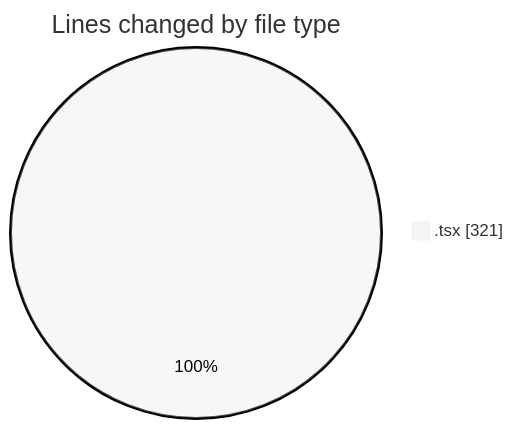
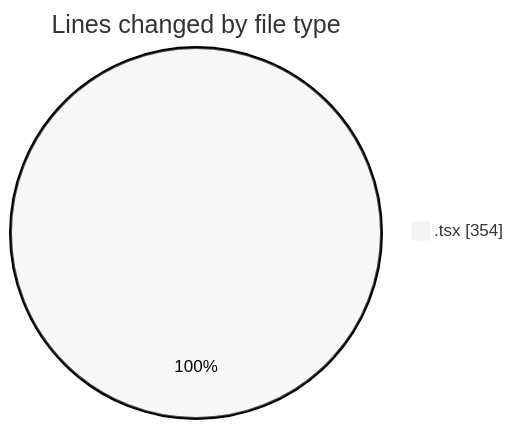
The first of 2 diagrams in 2025-05-28/kimberly-groups/README.md (JenPaints/code-tracking), drawn with Mermaid (neutral theme) before and after one commit. The commit also changed other lines of this file and 1 other file, not shown here.

````diff
--- a/2025-05-28/kimberly-groups/README.md
+++ b/2025-05-28/kimberly-groups/README.md
@@ -22,5 +23,5 @@
 ```mermaid
 pie showData
 title Lines changed by file type
-".tsx" : 321
+".tsx" : 354
 ```
````
